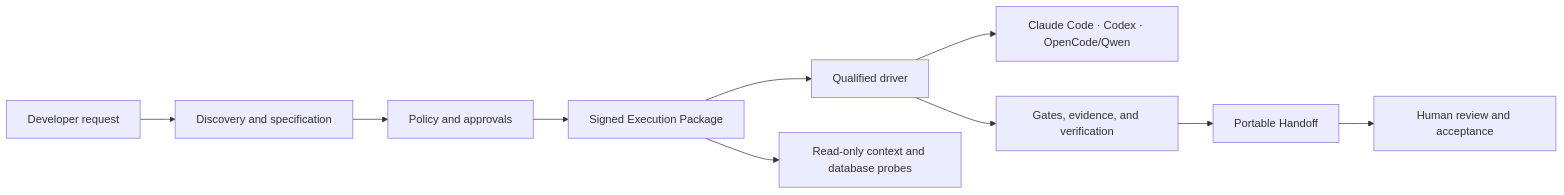
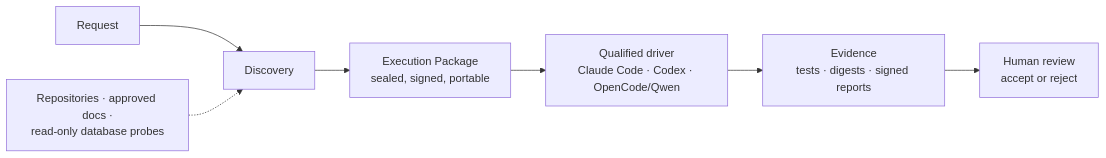
One commit to accd/verchestra changed the first of 4 diagrams in README.md. Above: the diagram before and after it, drawn with Mermaid. The commit also changed other lines of this file and 8 other files, not shown here.

````diff
--- a/README.md
+++ b/README.md
@@ -126,12 +40,9 @@
 ```mermaid
 flowchart LR
-  A["Developer request"] --> B["Discovery and specification"]
-  B --> C["Policy and approvals"]
-  C --> D["Signed Execution Package"]
-  D --> E["Qualified driver"]
-  E --> F["Claude Code · Codex · OpenCode/Qwen"]
-  D --> G["Read-only context and database probes"]
-  E --> H["Gates, evidence, and verification"]
-  H --> I["Portable Handoff"]
-  I --> J["Human review and acceptance"]
+  R["Request"] --> D["Discovery"]
+  D --> P["Execution Package<br/>sealed, signed, portable"]
+  P --> Q["Qualified driver<br/>Claude Code · Codex · OpenCode/Qwen"]
+  Q --> E["Evidence<br/>tests · digests · signed reports"]
+  E --> H["Human review<br/>accept or reject"]
+  S["Repositories · approved docs ·<br/>read-only database probes"] -.-> D
 ```
````
